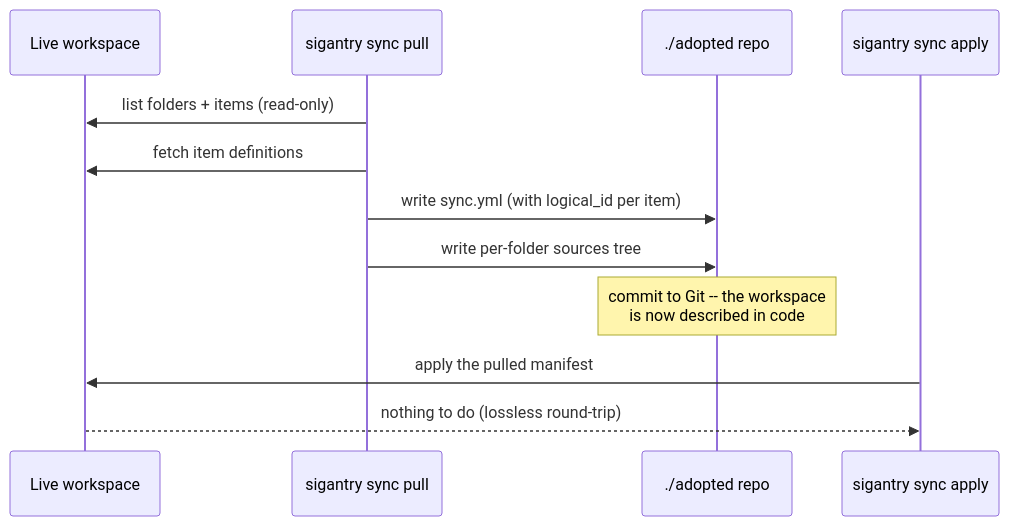
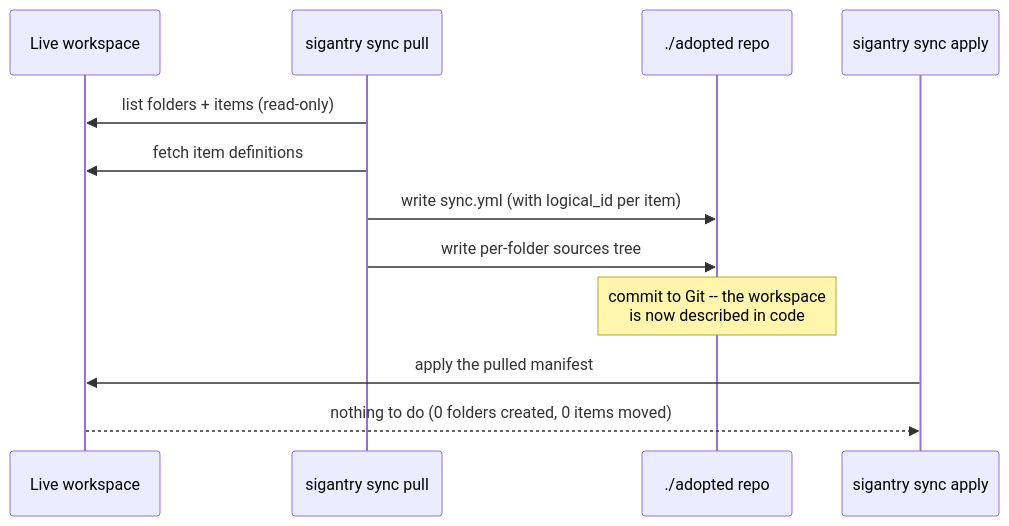
The diagram in docs/tutorials/05-adopt-existing-workspace.md (Bralabee/sigantry), drawn with Mermaid before and after one commit. The commit also changed other lines of this file and 39 other files, not shown here.

````diff
--- a/docs/tutorials/05-adopt-existing-workspace.md
+++ b/docs/tutorials/05-adopt-existing-workspace.md
@@ -18,15 +18,15 @@
 ```mermaid
 sequenceDiagram
     participant W as Live workspace
     participant P as sigantry sync pull
     participant R as ./adopted repo
     participant A as sigantry sync apply
 
     P->>W: list folders + items (read-only)
     P->>W: fetch item definitions
     P->>R: write sync.yml (with logical_id per item)
     P->>R: write per-folder sources tree
     Note over R: commit to Git -- the workspace<br/>is now described in code
     A->>W: apply the pulled manifest
-    W-->>A: nothing to do (lossless round-trip)
+    W-->>A: nothing to do (0 folders created, 0 items moved)
 ```
````
